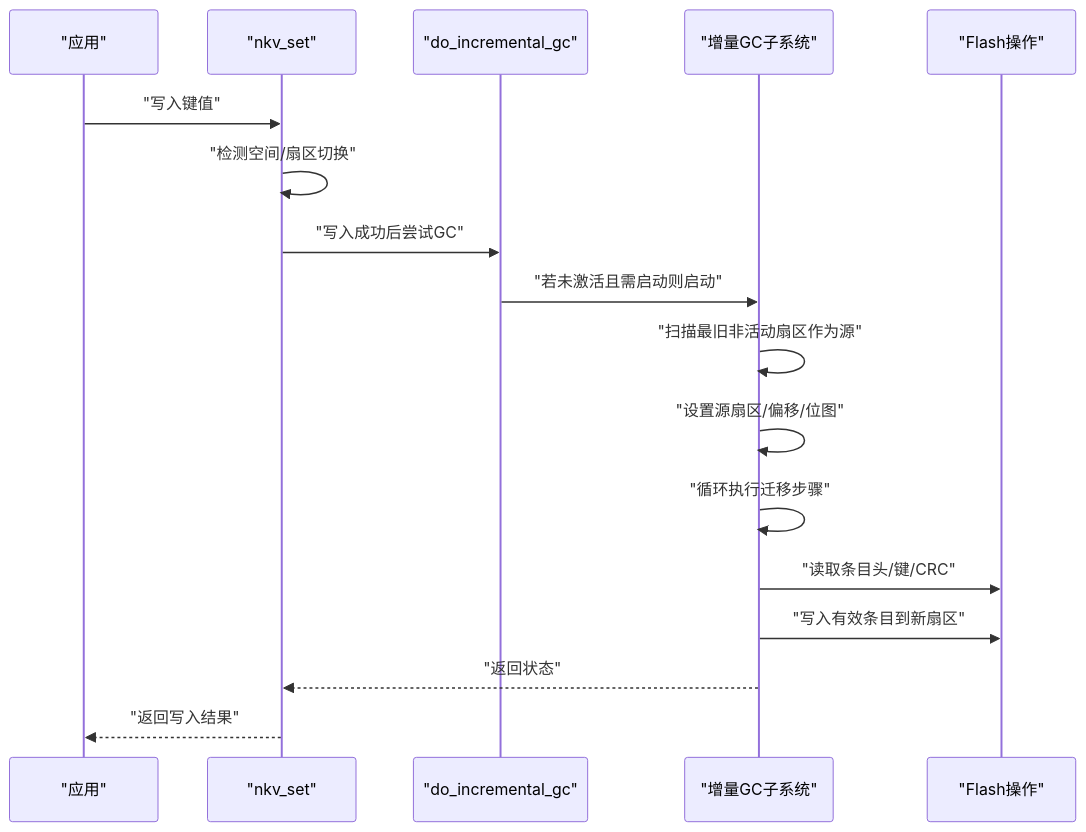
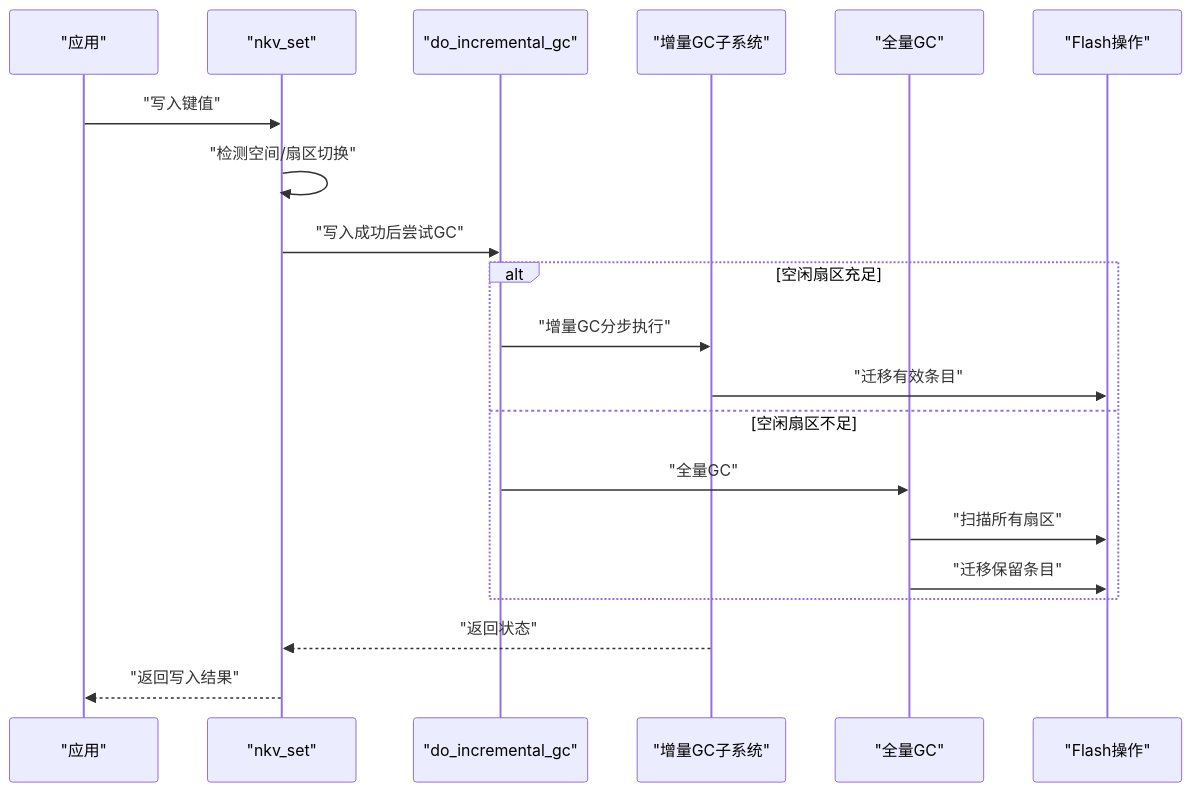
One commit to causebefore/microkv-module changed the second of 6 diagrams in .qoder/repowiki/zh/content/API参考手册/垃圾回收API.md. Above: the diagram before and after it, drawn with Mermaid. The commit also changed other lines of this file and 10 other files, not shown here.

````diff
--- a/.qoder/repowiki/zh/content/API参考手册/垃圾回收API.md
+++ b/.qoder/repowiki/zh/content/API参考手册/垃圾回收API.md
@@ -78,19 +93,22 @@
 ```mermaid
 sequenceDiagram
 participant App as "应用"
 participant KV as "nkv_set"
 participant Impl as "do_incremental_gc"
 participant GC as "增量GC子系统"
+participant Compact as "全量GC"
 participant Flash as "Flash操作"
 App->>KV : "写入键值"
 KV->>KV : "检测空间/扇区切换"
 KV->>Impl : "写入成功后尝试GC"
-Impl->>GC : "若未激活且需启动则启动"
-GC->>GC : "扫描最旧非活动扇区作为源"
-GC->>GC : "设置源扇区/偏移/位图"
-GC->>GC : "循环执行迁移步骤"
-GC->>Flash : "读取条目头/键/CRC"
-GC->>Flash : "写入有效条目到新扇区"
+alt 空闲扇区充足
+Impl->>GC : "增量GC分步执行"
+GC->>Flash : "迁移有效条目"
+else 空闲扇区不足
+Impl->>Compact : "全量GC"
+Compact->>Flash : "扫描所有扇区"
+Compact->>Flash : "迁移保留条目"
+end
 GC-->>KV : "返回状态"
 KV-->>App : "返回写入结果"
 ```
````
